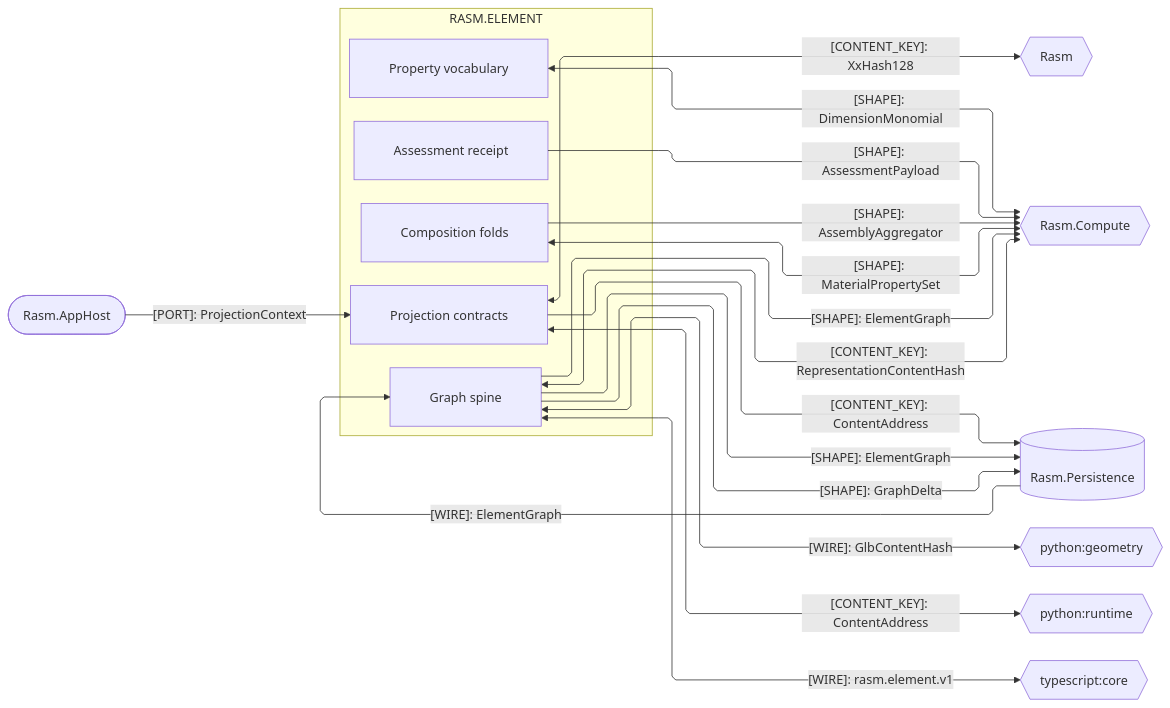
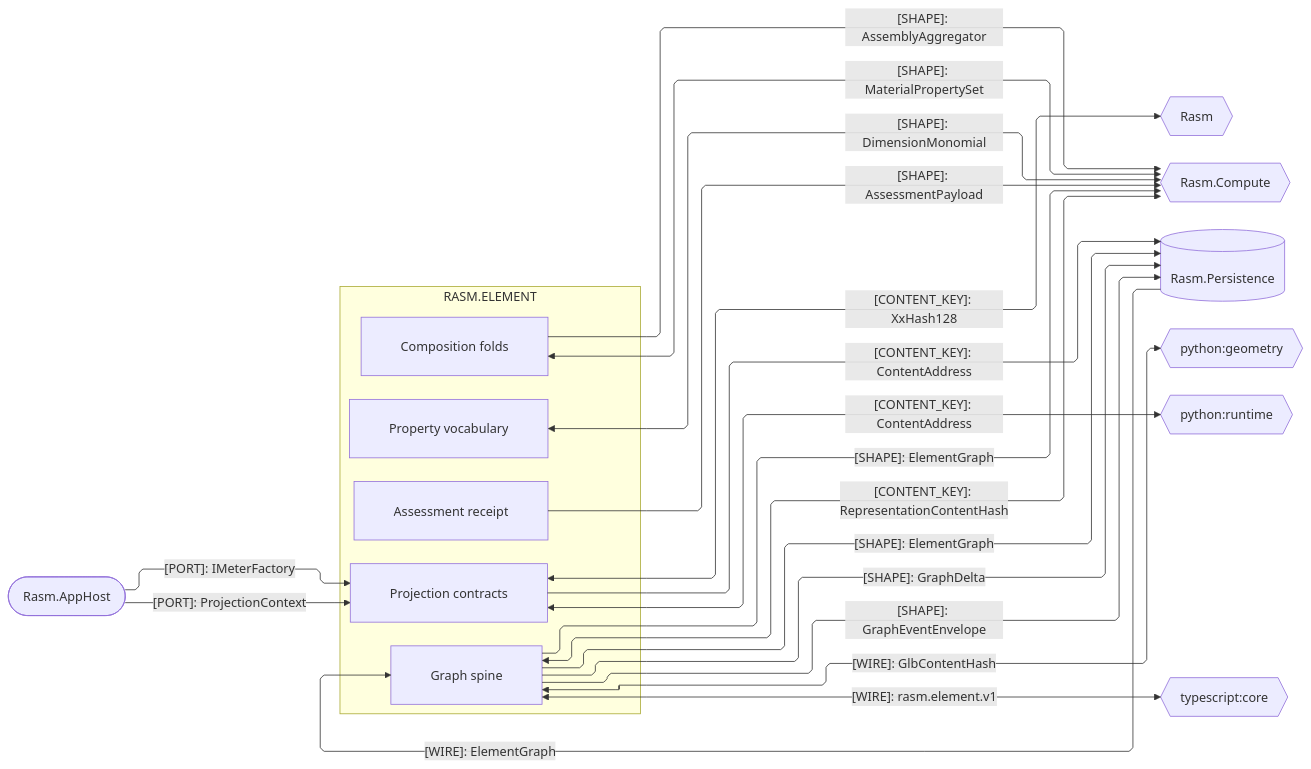
The third of 3 diagrams in libs/csharp/Rasm.Element/ARCHITECTURE.md (bsamiee/Rasm), drawn with Mermaid before and after one commit. The commit also changed other lines of this file and 195 other files, not shown here.

````diff
--- a/libs/csharp/Rasm.Element/ARCHITECTURE.md
+++ b/libs/csharp/Rasm.Element/ARCHITECTURE.md
@@ -138,41 +142,43 @@
 ```mermaid
 ---
 config:
   layout: elk
   flowchart:
     curve: linear
     padding: 25
 ---
 flowchart LR
     accTitle: Element platform and cross-runtime wire seams
     accDescr: Element sub-domain owners exchanging content keys, shapes, and wires with the kernel, app host, compute, persistence, and the Python and TypeScript peers, one edge per contract family mirrored on the counterpart folder.
     subgraph element[RASM.ELEMENT]
         Graph[Graph spine]
         Projection[Projection contracts]
         Composition[Composition folds]
         Properties[Property vocabulary]
         Assessment[Assessment receipt]
     end
     Rasm{{Rasm}}
     AppHost([Rasm.AppHost])
     Compute{{Rasm.Compute}}
     Persistence[(Rasm.Persistence)]
     Geometry{{python:geometry}}
     Runtime{{python:runtime}}
     Core{{typescript:core}}
     Projection <-->|"[CONTENT_KEY]: XxHash128"| Rasm
     AppHost -->|"[PORT]: ProjectionContext"| Projection
+    AppHost -->|"[PORT]: IMeterFactory"| Projection
     Projection -->|"[CONTENT_KEY]: ContentAddress"| Persistence
     Graph -->|"[SHAPE]: ElementGraph"| Persistence
     Graph -->|"[SHAPE]: GraphDelta"| Persistence
+    Graph -->|"[SHAPE]: GraphEventEnvelope"| Persistence
     Persistence -->|"[WIRE]: ElementGraph"| Graph
     Graph <-->|"[CONTENT_KEY]: RepresentationContentHash"| Compute
     Composition -->|"[SHAPE]: AssemblyAggregator"| Compute
     Composition <-->|"[SHAPE]: MaterialPropertySet"| Compute
     Properties <-->|"[SHAPE]: DimensionMonomial"| Compute
     Assessment -->|"[SHAPE]: AssessmentPayload"| Compute
     Graph -->|"[SHAPE]: ElementGraph"| Compute
     Graph <-->|"[WIRE]: GlbContentHash"| Geometry
     Projection <-->|"[CONTENT_KEY]: ContentAddress"| Runtime
     Graph <-->|"[WIRE]: rasm.element.v1"| Core
 ```
````
